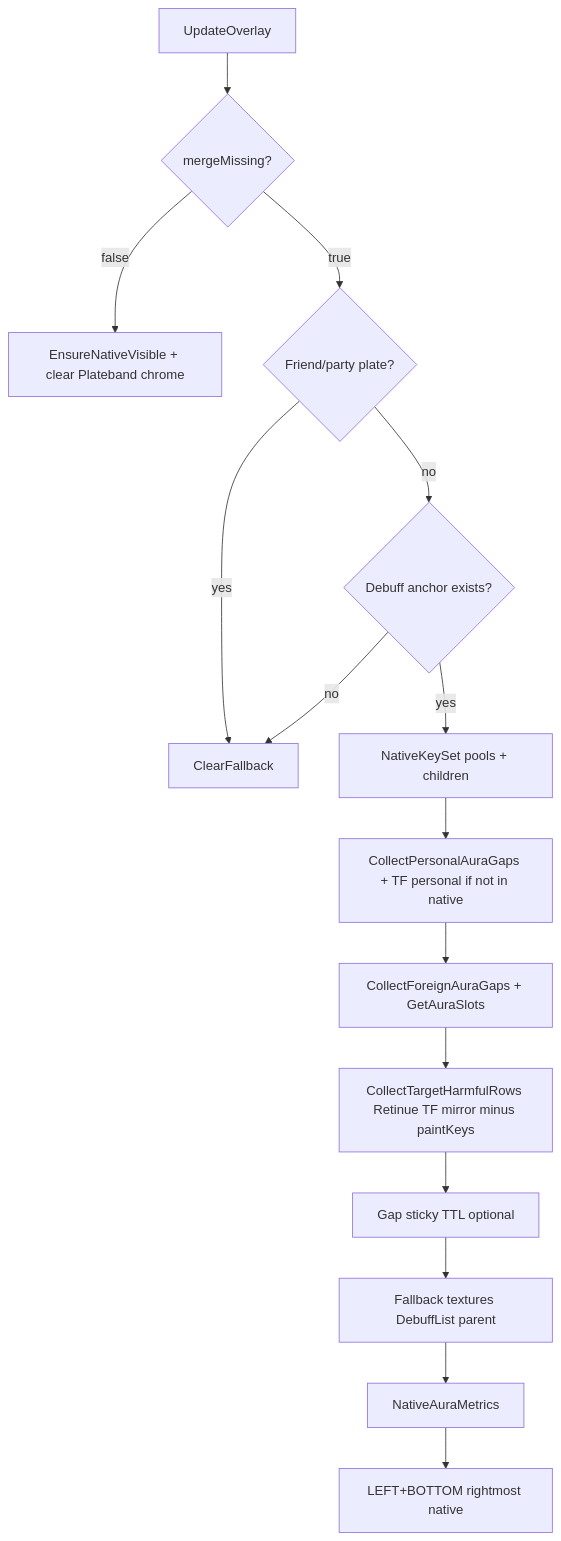
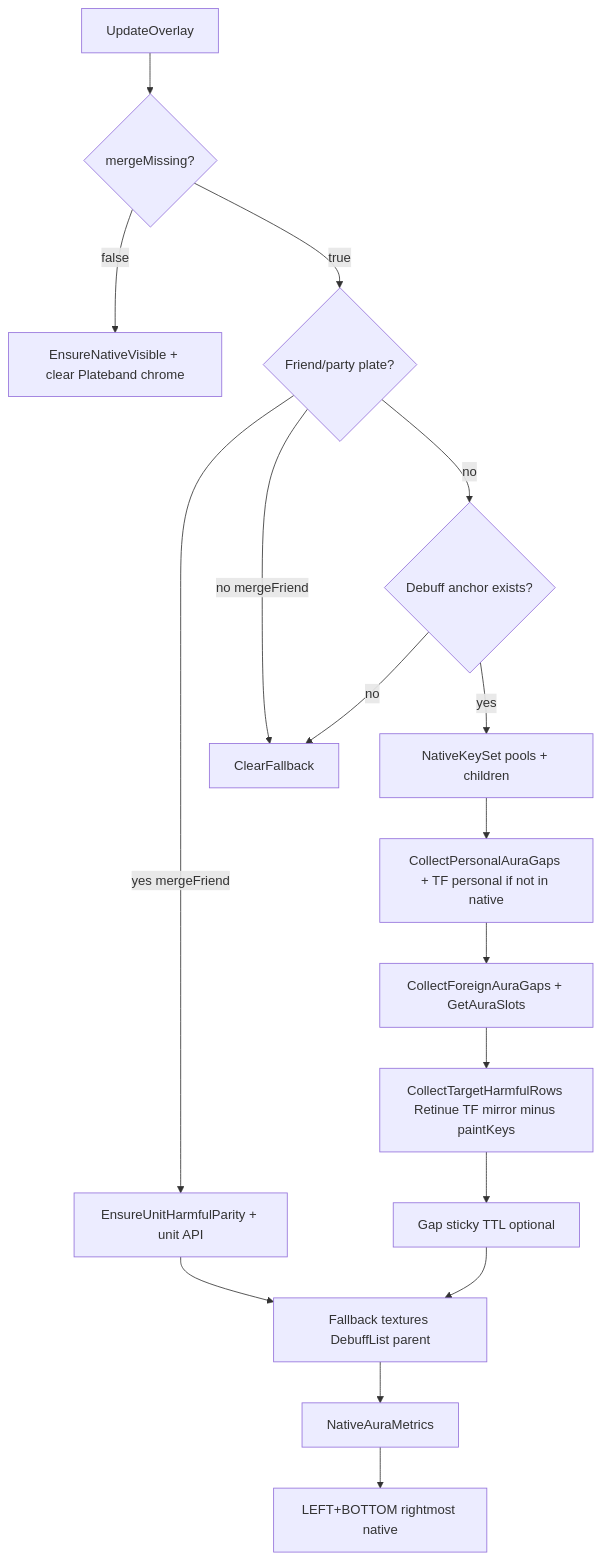
Before and after one commit to sirTurbisCZ/wow-forever-addons: the diagram in addons/Plateband/Docs/merge-design.md, drawn with Mermaid. The commit also changed 5 other files, not shown here.

````diff
--- a/addons/Plateband/Docs/merge-design.md
+++ b/addons/Plateband/Docs/merge-design.md
@@ -22,17 +22,19 @@
 ```mermaid
 flowchart TD
   tick[UpdateOverlay] --> gate{mergeMissing?}
   gate -->|false| nativeOnly[EnsureNativeVisible + clear Plateband chrome]
-  gate -->|true| enemy{Friend/party plate?}
-  enemy -->|yes| skip[ClearFallback]
-  enemy -->|no| row{Debuff anchor exists?}
+  gate -->|true| friend{Friend/party plate?}
+  friend -->|yes mergeFriend| unitParity[EnsureUnitHarmfulParity + unit API]
+  friend -->|no mergeFriend| skip[ClearFallback]
+  unitParity --> paint
+  friend -->|no| row{Debuff anchor exists?}
   row -->|no| skip
   row -->|yes| native[NativeKeySet pools + children]
   native --> per[CollectPersonalAuraGaps + TF personal if not in native]
   per --> api[CollectForeignAuraGaps + GetAuraSlots]
   api --> tf[CollectTargetHarmfulRows Retinue TF mirror minus paintKeys]
   tf --> sticky[Gap sticky TTL optional]
   sticky --> paint[Fallback textures DebuffList parent]
   paint --> metrics[NativeAuraMetrics]
   metrics --> layout[LEFT+BOTTOM rightmost native]
 ```
````
